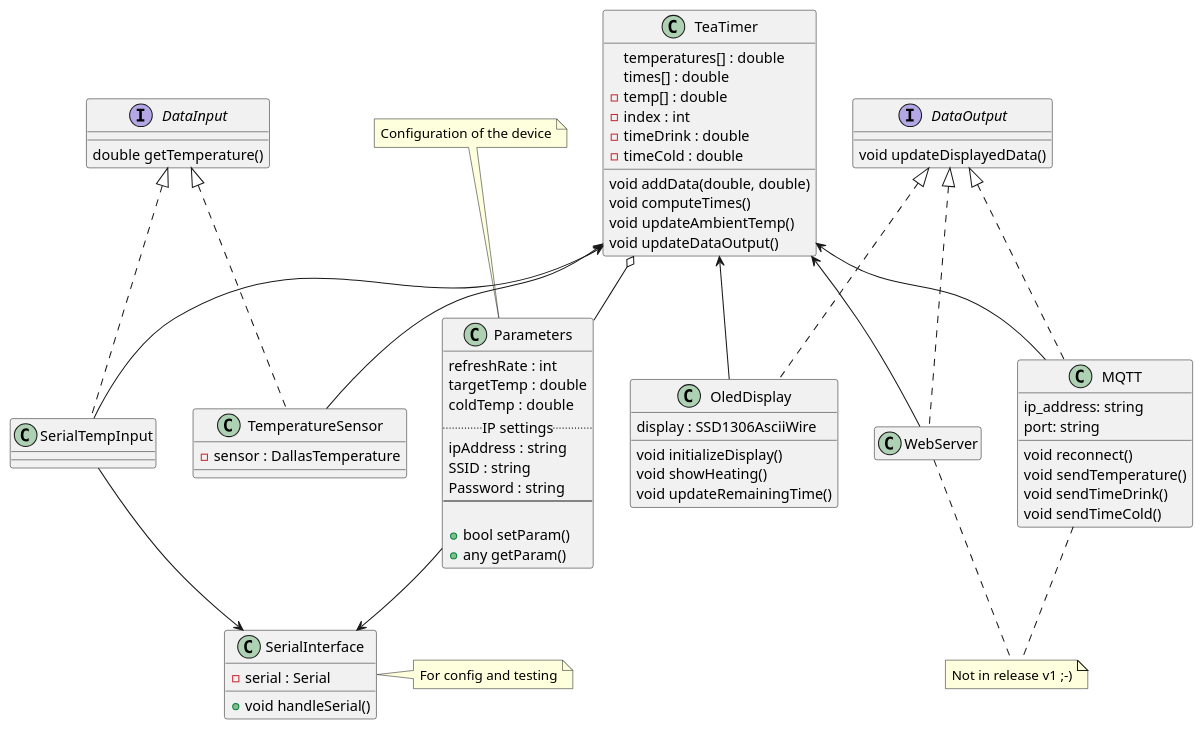
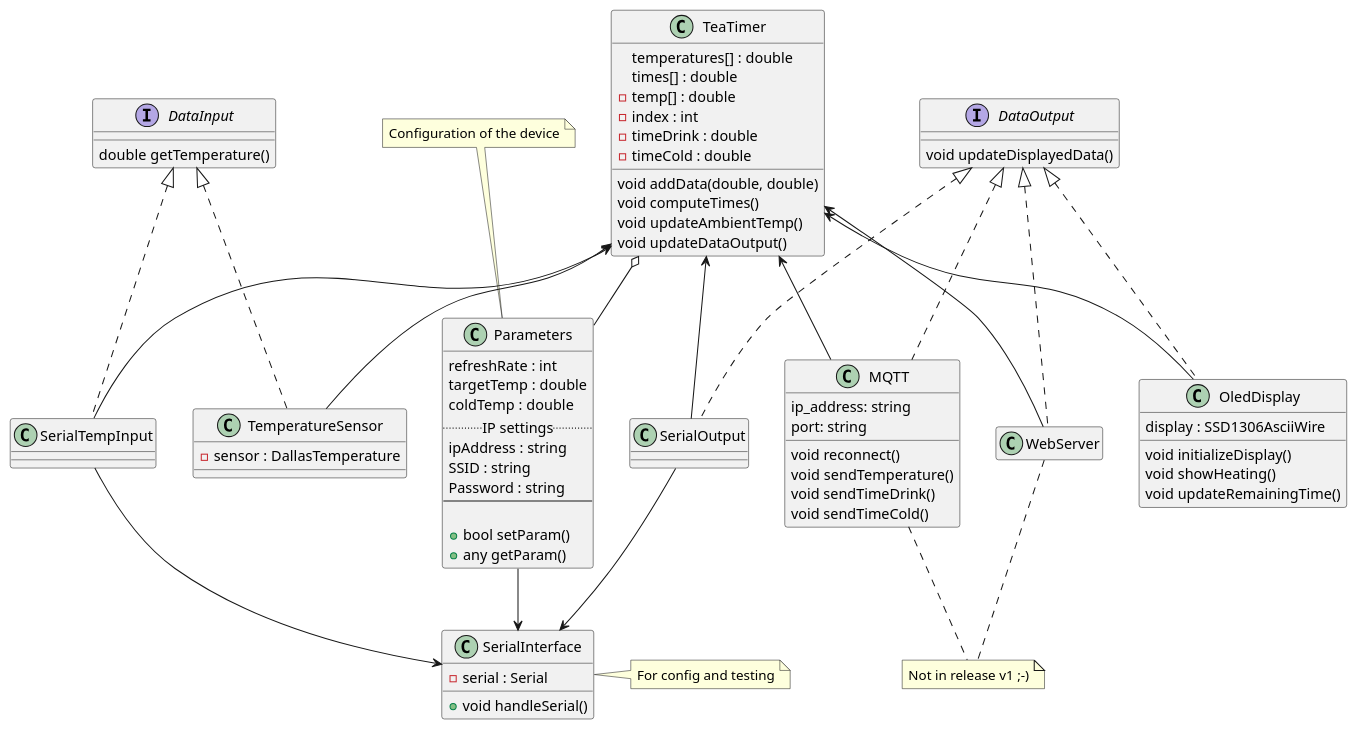
The third of 3 diagrams in Modelling/TeeTempearturTimer.plantuml (WolfmannxD/Tee-Thermometer), drawn with PlantUML before and after one commit. The commit also changed 3 other files, not shown here.

Commit message:
add UML output

```diff
--- a/Modelling/TeeTempearturTimer.plantuml
+++ b/Modelling/TeeTempearturTimer.plantuml
@@ -23,99 +23,106 @@
-@startuml
+@startuml "Tea Time Application"
 
 class OledDisplay {
     display : SSD1306AsciiWire
     
     void initializeDisplay()
     void showHeating()
     void updateRemainingTime()
 }
 
 class TemperatureSensor {
     - sensor : DallasTemperature
 }
 
 class SerialTempInput {
 }
 
 class SerialInterface {
     - serial : Serial
 
     + void handleSerial()
 }
 
 class TeaTimer {
     temperatures[] : double
     times[] : double
     - temp[] : double
     - index : int
     - timeDrink : double
     - timeCold : double
 
     void addData(double, double)
     void computeTimes()
     void updateAmbientTemp()
     void updateDataOutput()
 }
 
 class WebServer {
 
 }
 hide WebServer members
 
 class MQTT {
     ip_address: string
     port: string
     void reconnect()
     void sendTemperature()
     void sendTimeDrink()
     void sendTimeCold()
 }
 
+class SerialOutput {
+
+}
+
 class Parameters {
     refreshRate : int
     targetTemp : double
     coldTemp : double
     .. IP settings ..
     ipAddress : string
     SSID : string
     Password : string
     --
     
     + bool setParam()
     + any getParam()
 }
 
 interface DataOutput {
     void updateDisplayedData()
 }
 
 interface DataInput {
     double getTemperature()
 }
 
 
 TeaTimer <-- TemperatureSensor
 TeaTimer <-- SerialTempInput
 DataInput <|.. TemperatureSensor
 DataInput <|.. SerialTempInput
 DataOutput <|.. OledDisplay
 DataOutput <|.. WebServer
 DataOutput <|.. MQTT
+DataOutput <|.. SerialOutput
 TeaTimer <-- OledDisplay
 TeaTimer <-- WebServer
 TeaTimer <-- MQTT
+TeaTimer <-- SerialOutput
 TeaTimer o-- Parameters
 
+SerialOutput --> SerialInterface
 SerialTempInput --> SerialInterface
 Parameters --> SerialInterface
 
 note "Not in release v1 ;-)" as not_now_note
 WebServer .. not_now_note
 MQTT .. not_now_note
 
 note "Configuration of the device" as config_note
 config_note .. Parameters
 
 note right of SerialInterface: For config and testing
 
 @enduml
```
